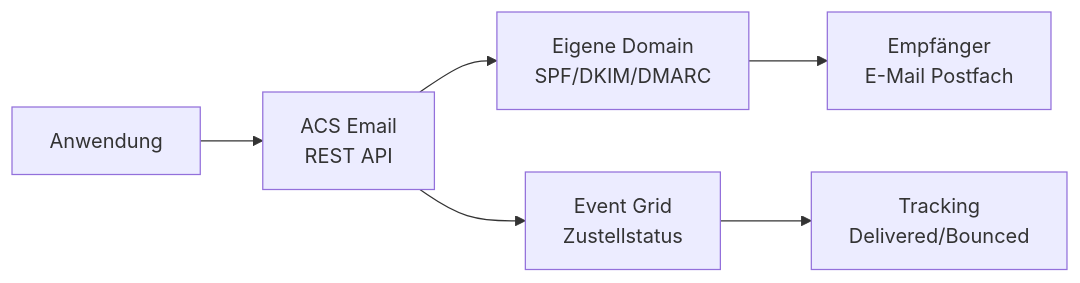
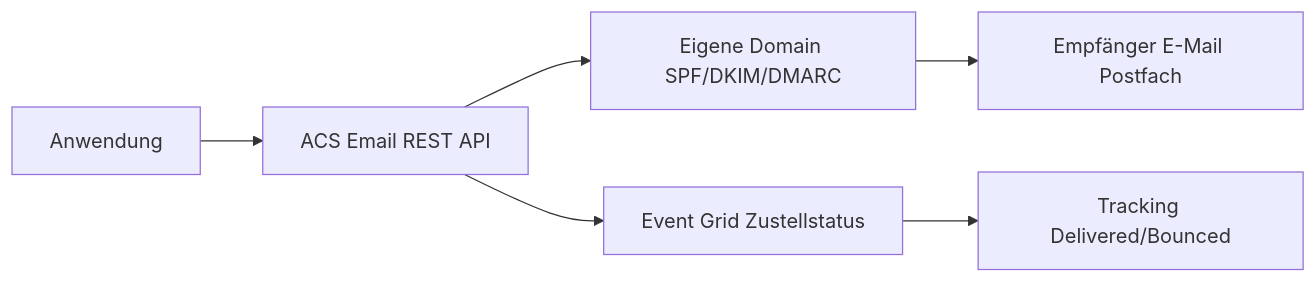
The fifth of 6 diagrams in Microsoft 365/Azure/Integration und Messaging/Azure Communication Services.md (SoniiiT/notes-n-docs), drawn with Mermaid before and after one commit. The commit also changed other lines of this file and 124 other files, not shown here.

First line of the commit message:
fix: Entferne \n aus allen Mermaid-Diagrammen (125 Dateien)

````diff
--- a/Microsoft 365/Azure/Integration und Messaging/Azure Communication Services.md
+++ b/Microsoft 365/Azure/Integration und Messaging/Azure Communication Services.md
@@ -239,8 +239,8 @@
 ```mermaid
 flowchart LR
-    APP[Anwendung] --> ACS_EMAIL[ACS Email\nREST API]
-    ACS_EMAIL --> DOMAIN[Eigene Domain\nSPF/DKIM/DMARC]
-    DOMAIN --> RCPT[Empfänger\nE-Mail Postfach]
-    ACS_EMAIL --> EG[Event Grid\nZustellstatus]
-    EG --> TRACK[Tracking\nDelivered/Bounced]
+    APP[Anwendung] --> ACS_EMAIL[ACS Email REST API]
+    ACS_EMAIL --> DOMAIN[Eigene Domain SPF/DKIM/DMARC]
+    DOMAIN --> RCPT[Empfänger E-Mail Postfach]
+    ACS_EMAIL --> EG[Event Grid Zustellstatus]
+    EG --> TRACK[Tracking Delivered/Bounced]
 ```
````
